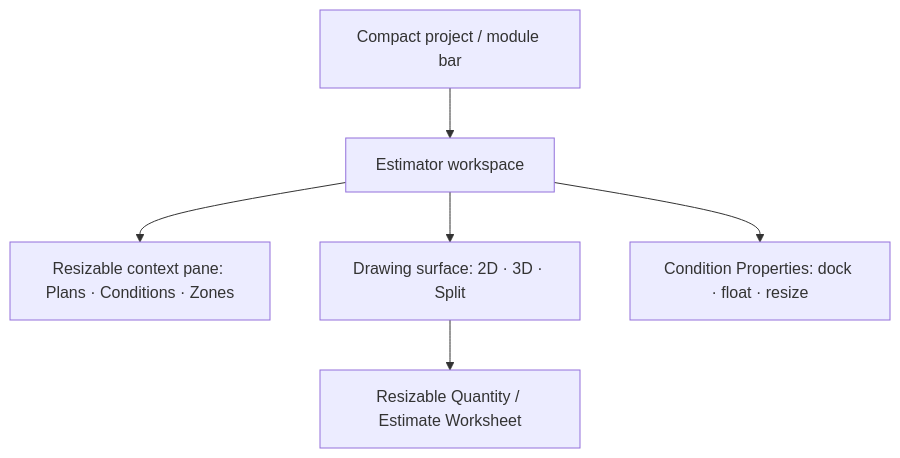
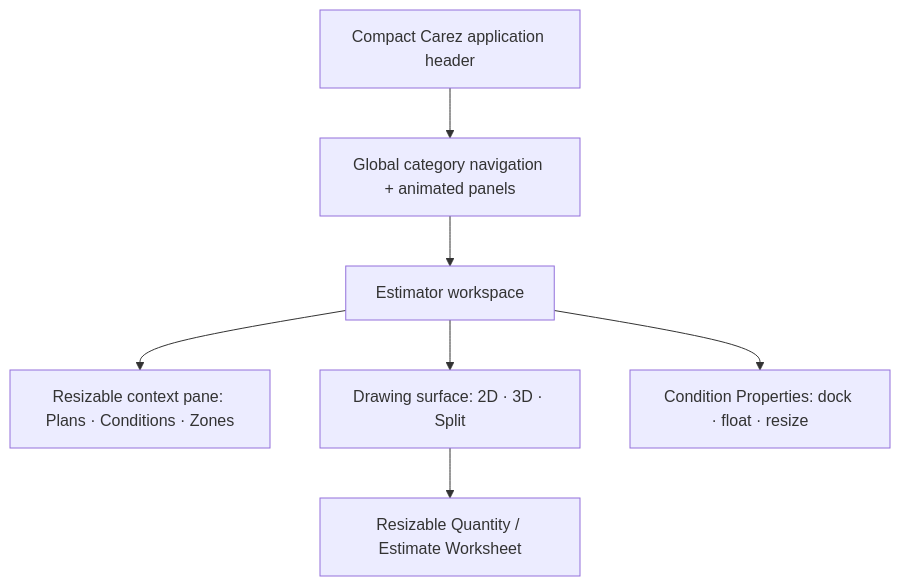
The diagram in docs/concrete-condition-3d-workstation-target.md (seancolmes/carez-concrete-os), drawn with Mermaid before and after one commit. The commit also changed other lines of this file, not shown here.

Commit message:
docs: align Concrete Condition workstation with top shell and shared pack

```diff
--- a/docs/concrete-condition-3d-workstation-target.md
+++ b/docs/concrete-condition-3d-workstation-target.md
@@ -55,8 +57,9 @@
 ~~~mermaid
 flowchart TB
-  top["Compact project / module bar"] --> work["Estimator workspace"]
+  shell["Compact Carez application header"] --> nav["Global category navigation + animated panels"]
+  nav --> work["Estimator workspace"]
   work --> left["Resizable context pane: Plans · Conditions · Zones"]
   work --> center["Drawing surface: 2D · 3D · Split"]
   work --> right["Condition Properties: dock · float · resize"]
   center --> bottom["Resizable Quantity / Estimate Worksheet"]
 ~~~
```
